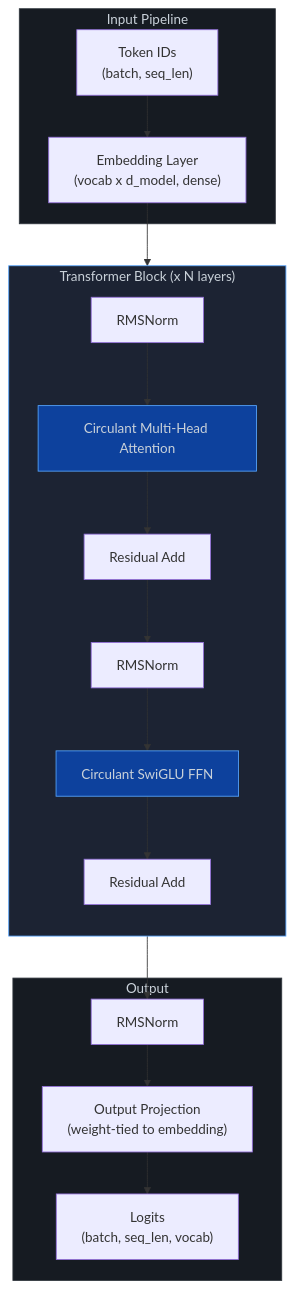
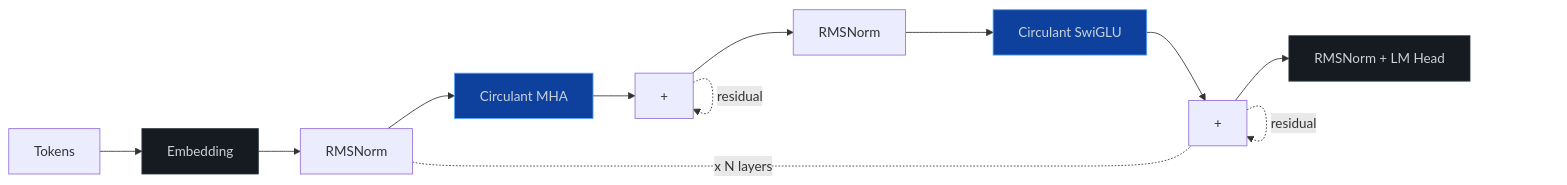
One commit to justinarndt/SIREN changed the first of 4 diagrams in README.md. Above: the diagram before and after it, drawn with Mermaid. The commit also changed other lines of this file and 2 other files, not shown here.

Commit message:
fix: compact architecture diagram, realistic battery power estimates

````diff
--- a/README.md
+++ b/README.md
@@ -39,38 +39,12 @@
 ```mermaid
-graph TB
-    subgraph INPUT["Input Pipeline"]
-        TOK["Token IDs<br/>(batch, seq_len)"]
-        EMB["Embedding Layer<br/>(vocab x d_model, dense)"]
-        TOK --> EMB
-    end
+graph LR
+    TOK["Tokens"] --> EMB["Embedding"] --> N1["RMSNorm"] --> MHA["Circulant MHA"] --> R1["+"] --> N2["RMSNorm"] --> FFN["Circulant SwiGLU"] --> R2["+"] --> OUT["RMSNorm + LM Head"]
+    R1 -.->|residual| R1
+    R2 -.->|residual| R2
+    N1 -.- |"x N layers"| R2
 
-    subgraph BLOCK["Transformer Block (x N layers)"]
-        direction TB
-        NORM1["RMSNorm"]
-        MHA["Circulant Multi-Head Attention"]
-        RES1["Residual Add"]
-        NORM2["RMSNorm"]
-        FFN["Circulant SwiGLU FFN"]
-        RES2["Residual Add"]
-
-        NORM1 --> MHA --> RES1
-        NORM2 --> FFN --> RES2
-    end
-
-    subgraph OUTPUT["Output"]
-        FNORM["RMSNorm"]
-        PROJ["Output Projection<br/>(weight-tied to embedding)"]
-        LOGITS["Logits<br/>(batch, seq_len, vocab)"]
-        FNORM --> PROJ --> LOGITS
-    end
-
-    EMB --> BLOCK
-    RES1 --> NORM2
-    RES2 --> FNORM
-
-    style INPUT fill:#161b22,stroke:#30363d,color:#c9d1d9
-    style BLOCK fill:#1c2333,stroke:#58a6ff,color:#c9d1d9
-    style OUTPUT fill:#161b22,stroke:#30363d,color:#c9d1d9
     style MHA fill:#0d419d,stroke:#58a6ff,color:#c9d1d9
     style FFN fill:#0d419d,stroke:#58a6ff,color:#c9d1d9
+    style EMB fill:#161b22,stroke:#30363d,color:#c9d1d9
+    style OUT fill:#161b22,stroke:#30363d,color:#c9d1d9
 ```
````
